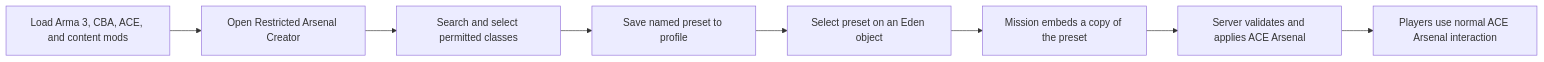
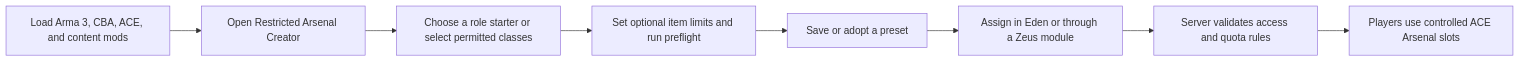
Before and after one commit to Black-Ops-2-543/Arma3_ACE_Arsenal_Creation_Tool: the first of 2 diagrams in README.md, drawn with Mermaid. The commit also changed other lines of this file, not shown here.

````diff
--- a/README.md
+++ b/README.md
@@ -20,10 +20,10 @@
 ```mermaid
 flowchart LR
     A[Load Arma 3, CBA, ACE, and content mods] --> B[Open Restricted Arsenal Creator]
-    B --> C[Search and select permitted classes]
-    C --> D[Save named preset to profile]
-    D --> E[Select preset on an Eden object]
-    E --> F[Mission embeds a copy of the preset]
-    F --> G[Server validates and applies ACE Arsenal]
-    G --> H[Players use normal ACE Arsenal interaction]
+    B --> C[Choose a role starter or select permitted classes]
+    C --> D[Set optional item limits and run preflight]
+    D --> E[Save or adopt a preset]
+    E --> F[Assign in Eden or through a Zeus module]
+    F --> G[Server validates access and quota rules]
+    G --> H[Players use controlled ACE Arsenal slots]
 ```
````
